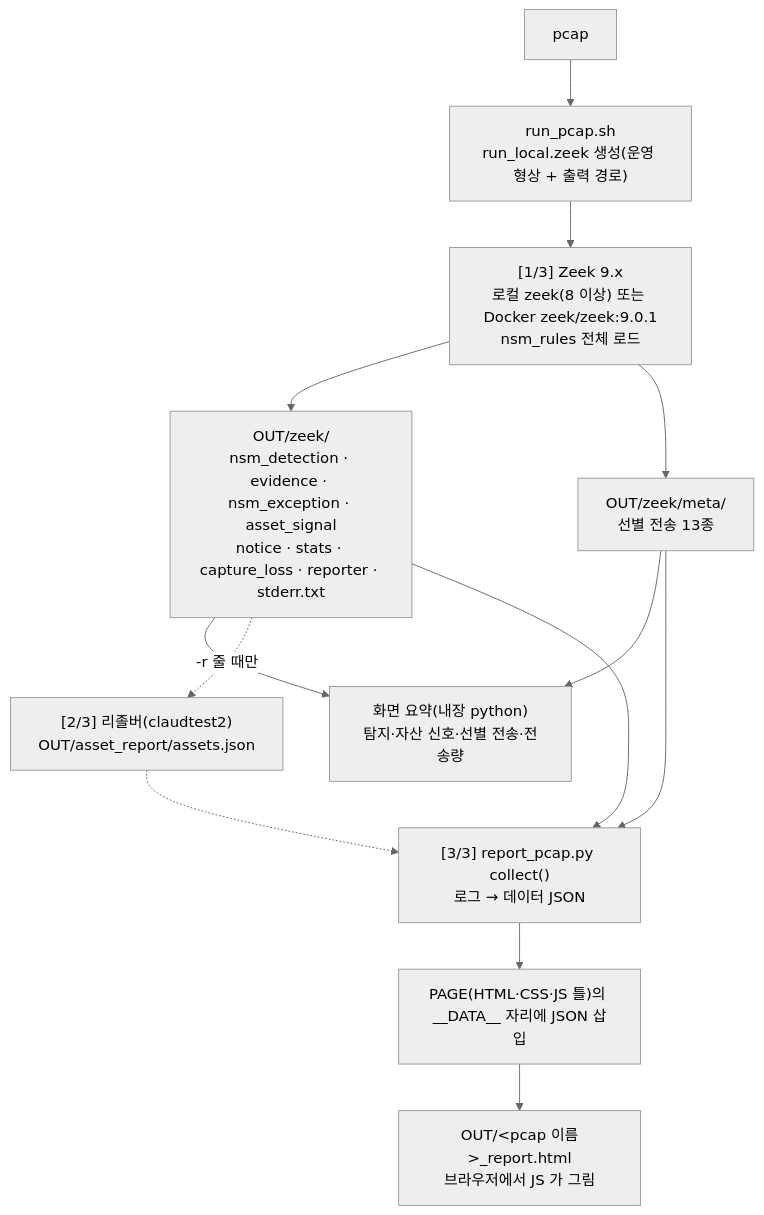
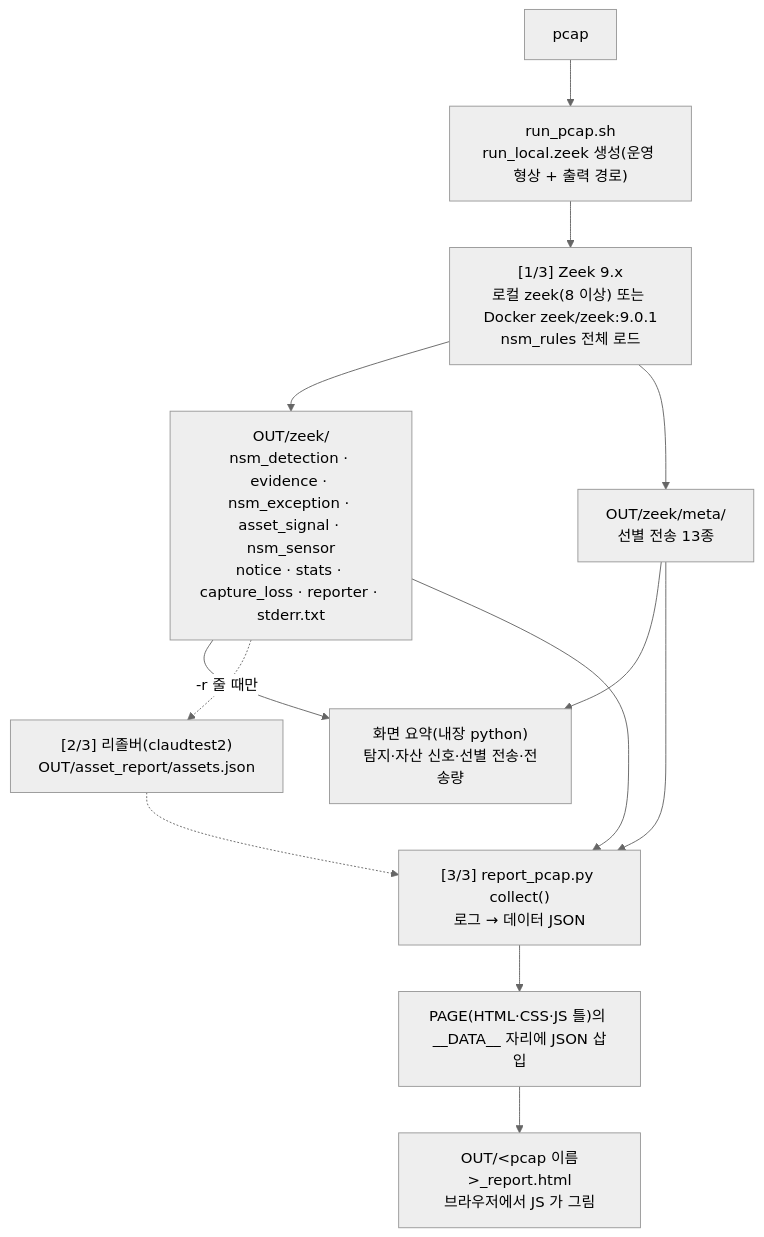
Before and after one commit to kwsjjang8901-ship-it/nsm: the diagram in docs/REPORT_SPEC.md, drawn with Mermaid (neutral theme). The commit also changed other lines of this file and 14 other files, not shown here.

````diff
--- a/docs/REPORT_SPEC.md
+++ b/docs/REPORT_SPEC.md
@@ -19,15 +19,15 @@
 ```mermaid
 flowchart TD
     P["pcap"] --> R["run_pcap.sh<br/>run_local.zeek 생성(운영 형상 + 출력 경로)"]
     R --> Z["[1/3] Zeek 9.x<br/>로컬 zeek(8 이상) 또는 Docker zeek/zeek:9.0.1<br/>nsm_rules 전체 로드"]
-    Z --> L["OUT/zeek/<br/>nsm_detection · evidence · nsm_exception · asset_signal<br/>notice · stats · capture_loss · reporter · stderr.txt"]
+    Z --> L["OUT/zeek/<br/>nsm_detection · evidence · nsm_exception · asset_signal · nsm_sensor<br/>notice · stats · capture_loss · reporter · stderr.txt"]
     Z --> LM["OUT/zeek/meta/<br/>선별 전송 13종"]
     L --> S["화면 요약(내장 python)<br/>탐지·자산 신호·선별 전송·전송량"]
     LM --> S
     L -.->|"-r 줄 때만"| AR["[2/3] 리졸버(claudtest2)<br/>OUT/asset_report/assets.json"]
     L --> G["[3/3] report_pcap.py collect()<br/>로그 → 데이터 JSON"]
     LM --> G
     AR -.-> G
     G --> H["PAGE(HTML·CSS·JS 틀)의 __DATA__ 자리에 JSON 삽입"]
     H --> O["OUT/&lt;pcap 이름&gt;_report.html<br/>브라우저에서 JS 가 그림"]
 ```
````
